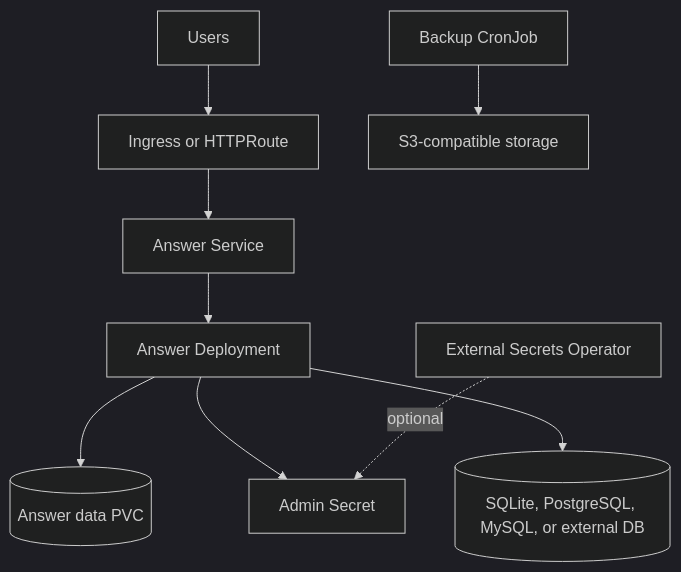
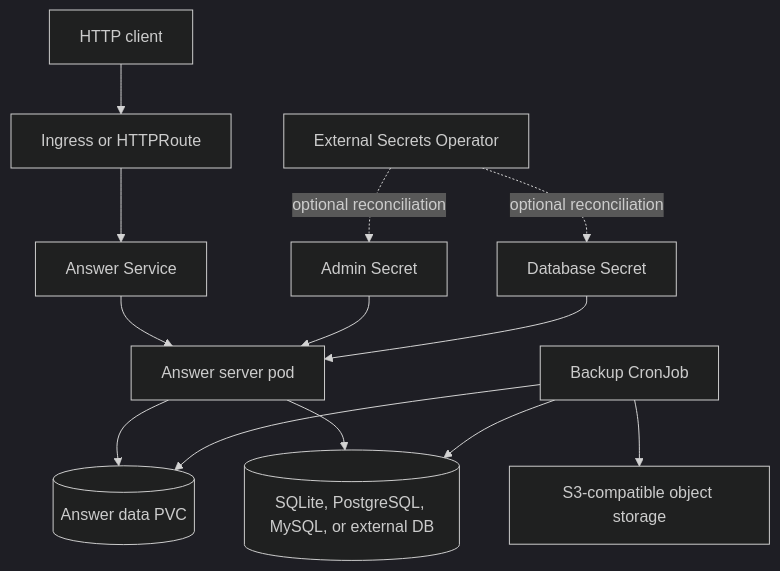
Before and after one commit to helmforgedev/charts: the diagram in charts/answer/DESIGN.md, drawn with Mermaid (dark theme). The commit also changed other lines of this file and 20 other files, not shown here.

Commit message:
chore(answer): raise chart quality standards

````diff
--- a/charts/answer/DESIGN.md
+++ b/charts/answer/DESIGN.md
@@ -18,11 +20,15 @@
 ```mermaid
 flowchart TB
-  users[Users] --> route[Ingress or HTTPRoute]
-  route --> svc[Answer Service]
-  svc --> app[Answer Deployment]
-  app --> data[(Answer data PVC)]
-  app --> adminSecret[Admin Secret]
-  app --> db[(SQLite, PostgreSQL, MySQL, or external DB)]
-  backup[Backup CronJob] --> s3[S3-compatible storage]
-  eso[External Secrets Operator] -. optional .-> adminSecret
+  client[HTTP client] --> route[Ingress or HTTPRoute]
+  route --> service[Answer Service]
+  service --> server[Answer server pod]
+  server --> data[(Answer data PVC)]
+  server --> database[(SQLite, PostgreSQL, MySQL, or external DB)]
+  adminSecret[Admin Secret] --> server
+  databaseSecret[Database Secret] --> server
+  eso[External Secrets Operator] -. optional reconciliation .-> adminSecret
+  eso -. optional reconciliation .-> databaseSecret
+  backup[Backup CronJob] --> data
+  backup --> database
+  backup --> objectStorage[S3-compatible object storage]
 ```
````
